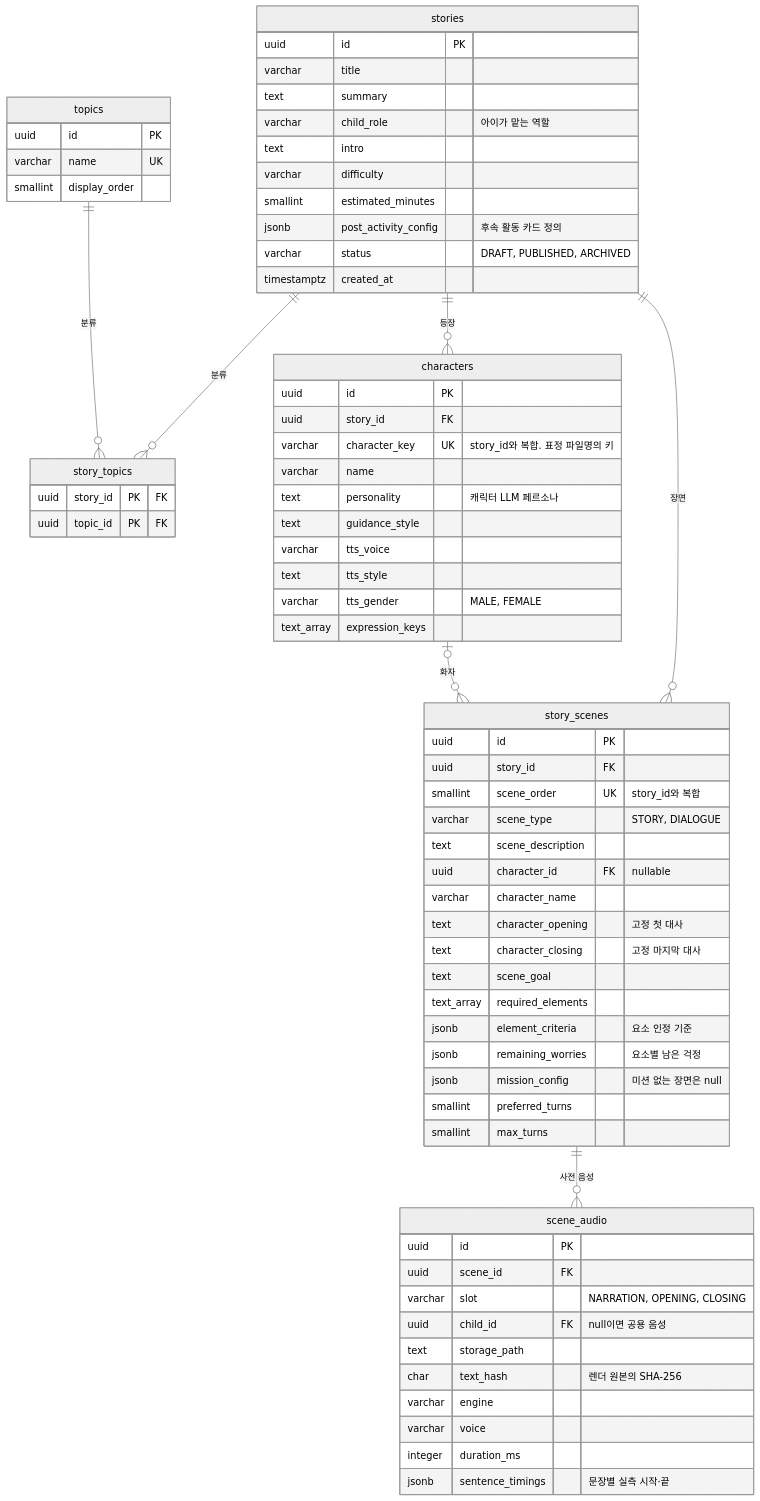
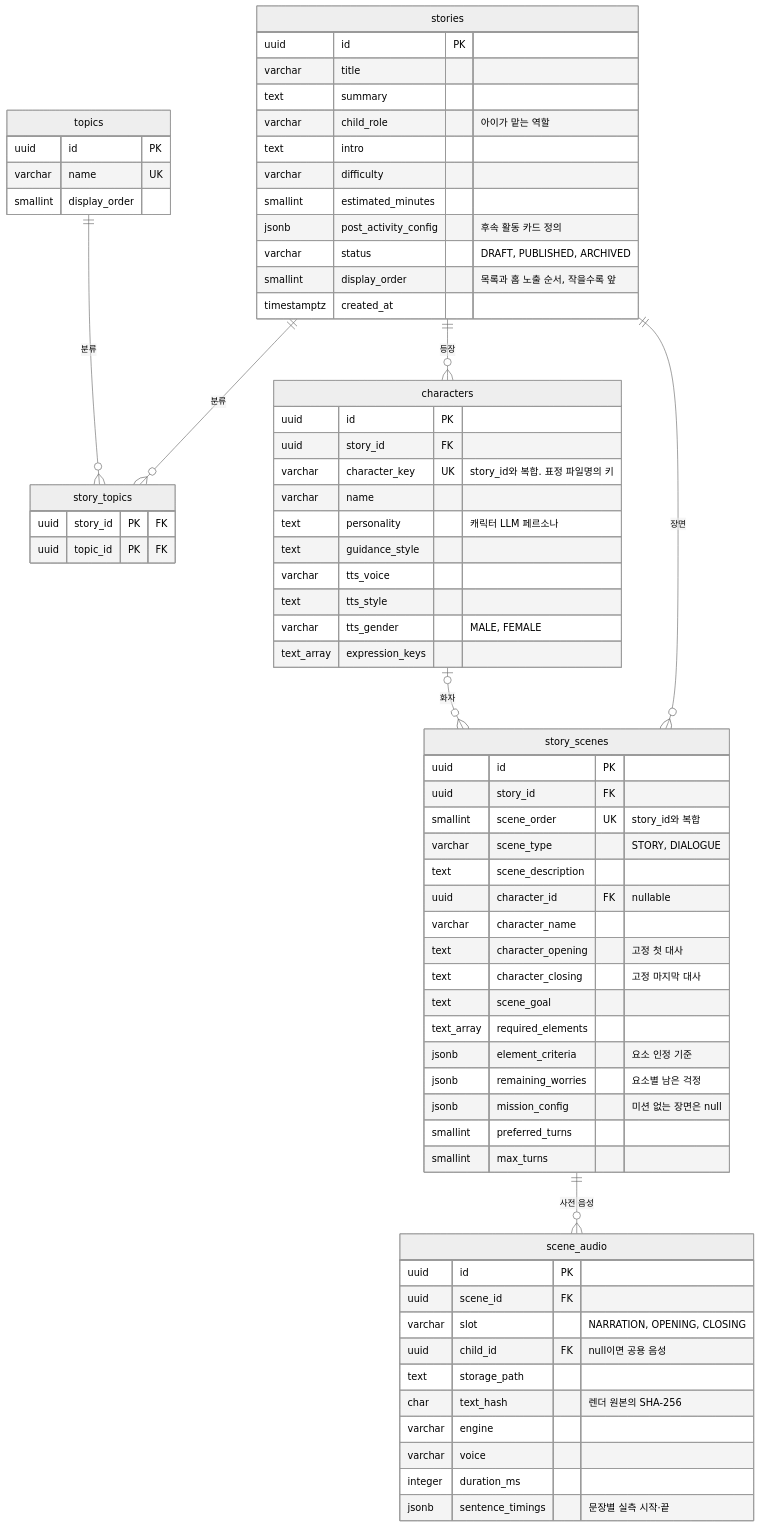
One commit to team-mugunghwa/goodquestion-backend changed the third of 6 diagrams in docs/ERD.md. Above: the diagram before and after it, drawn with Mermaid (neutral theme). The commit also changed 14 other files, not shown here.

````diff
--- a/docs/ERD.md
+++ b/docs/ERD.md
@@ -189,78 +189,79 @@
 ```mermaid
 erDiagram
     stories ||--o{ story_topics : "분류"
     topics ||--o{ story_topics : "분류"
     stories ||--o{ characters : "등장"
     stories ||--o{ story_scenes : "장면"
     characters |o--o{ story_scenes : "화자"
     story_scenes ||--o{ scene_audio : "사전 음성"
 
     stories {
         uuid id PK
         varchar title
         text summary
         varchar child_role "아이가 맡는 역할"
         text intro
         varchar difficulty
         smallint estimated_minutes
         jsonb post_activity_config "후속 활동 카드 정의"
         varchar status "DRAFT, PUBLISHED, ARCHIVED"
+        smallint display_order "목록과 홈 노출 순서, 작을수록 앞"
         timestamptz created_at
     }
 
     topics {
         uuid id PK
         varchar name UK
         smallint display_order
     }
 
     story_topics {
         uuid story_id PK "FK"
         uuid topic_id PK "FK"
     }
 
     characters {
         uuid id PK
         uuid story_id FK
         varchar character_key UK "story_id와 복합. 표정 파일명의 키"
         varchar name
         text personality "캐릭터 LLM 페르소나"
         text guidance_style
         varchar tts_voice
         text tts_style
         varchar tts_gender "MALE, FEMALE"
         text_array expression_keys
     }
 
     story_scenes {
         uuid id PK
         uuid story_id FK
         smallint scene_order UK "story_id와 복합"
         varchar scene_type "STORY, DIALOGUE"
         text scene_description
         uuid character_id FK "nullable"
         varchar character_name
         text character_opening "고정 첫 대사"
         text character_closing "고정 마지막 대사"
         text scene_goal
         text_array required_elements
         jsonb element_criteria "요소 인정 기준"
         jsonb remaining_worries "요소별 남은 걱정"
         jsonb mission_config "미션 없는 장면은 null"
         smallint preferred_turns
         smallint max_turns
     }
 
     scene_audio {
         uuid id PK
         uuid scene_id FK
         varchar slot "NARRATION, OPENING, CLOSING"
         uuid child_id FK "null이면 공용 음성"
         text storage_path
         char text_hash "렌더 원본의 SHA-256"
         varchar engine
         varchar voice
         integer duration_ms
         jsonb sentence_timings "문장별 실측 시작·끝"
     }
 ```
````
